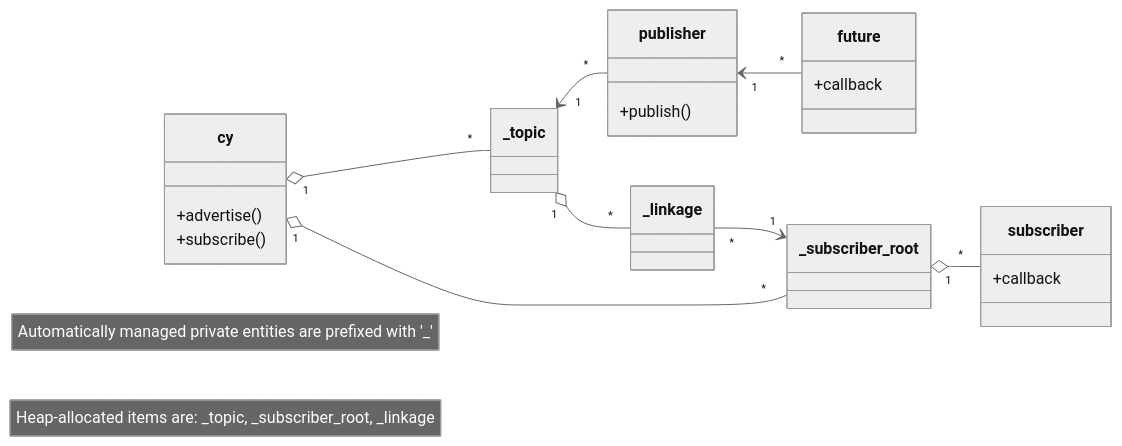
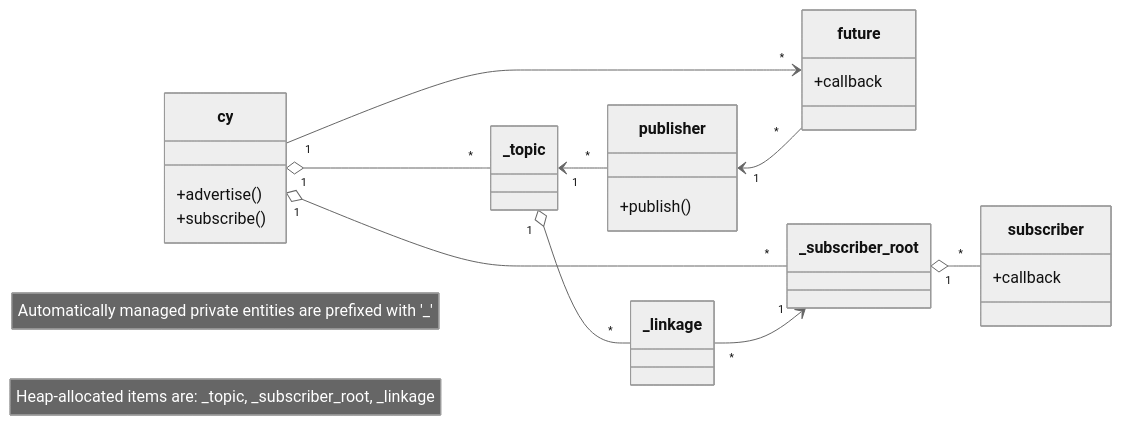
Before and after one commit to OpenCyphal-Garage/cy: the diagram in README.md, drawn with Mermaid (neutral theme).

````diff
--- a/README.md
+++ b/README.md
@@ -250,26 +250,27 @@
 ```mermaid
 classDiagram
 direction LR
     class cy {
         +advertise()
         +subscribe()
     }
     class publisher {
         +publish()
     }
     class subscriber {
         +callback
     }
     class future {
         +callback
     }
     cy "1" o-- "*" _topic
     cy "1" o-- "*" _subscriber_root
+    cy "1" --> "*" future
     _topic "1" o-- "*" _linkage
     _topic "1" <-- "*" publisher
     publisher "1" <-- "*" future
     _linkage "*" --> "1" _subscriber_root
     _subscriber_root "1" o-- "*" subscriber
     note "Automatically managed private entities are prefixed with '_'"
     note "Heap-allocated items are: _topic, _subscriber_root, _linkage"
 ```
````
